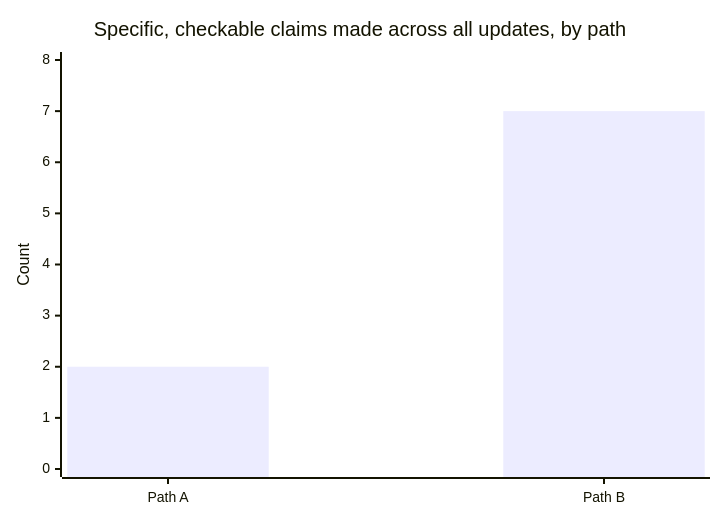
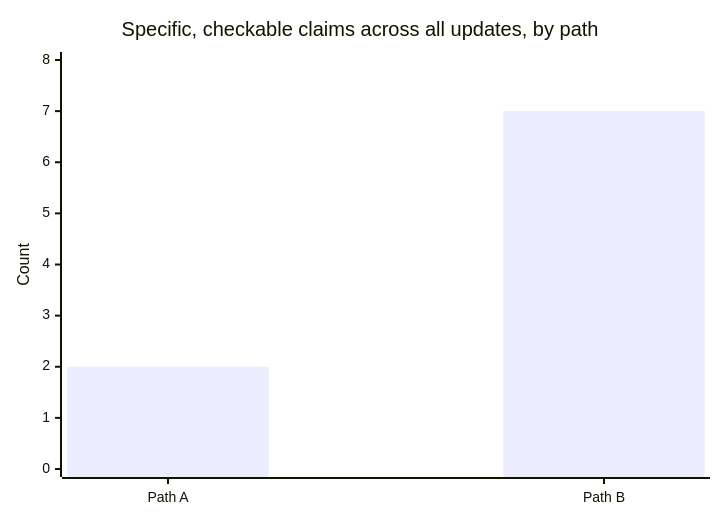
One commit to francoandreDev/knowledge changed the diagram in src/content/business-communication/status-updates-build-trust/L3-deep-dive.mdx. Above: the diagram before and after it, drawn with Mermaid. The commit also changed other lines of this file and 3 other files, not shown here.

````diff
--- a/src/content/business-communication/status-updates-build-trust/L3-deep-dive.mdx
+++ b/src/content/business-communication/status-updates-build-trust/L3-deep-dive.mdx
@@ -92,7 +94,7 @@
 ```mermaid
 xychart-beta
-    title "Specific, checkable claims made across all updates, by path"
+    title "Specific, checkable claims across all updates, by path"
     x-axis ["Path A", "Path B"]
     y-axis "Count" 0 --> 8
     bar [2, 7]
 ```
````
